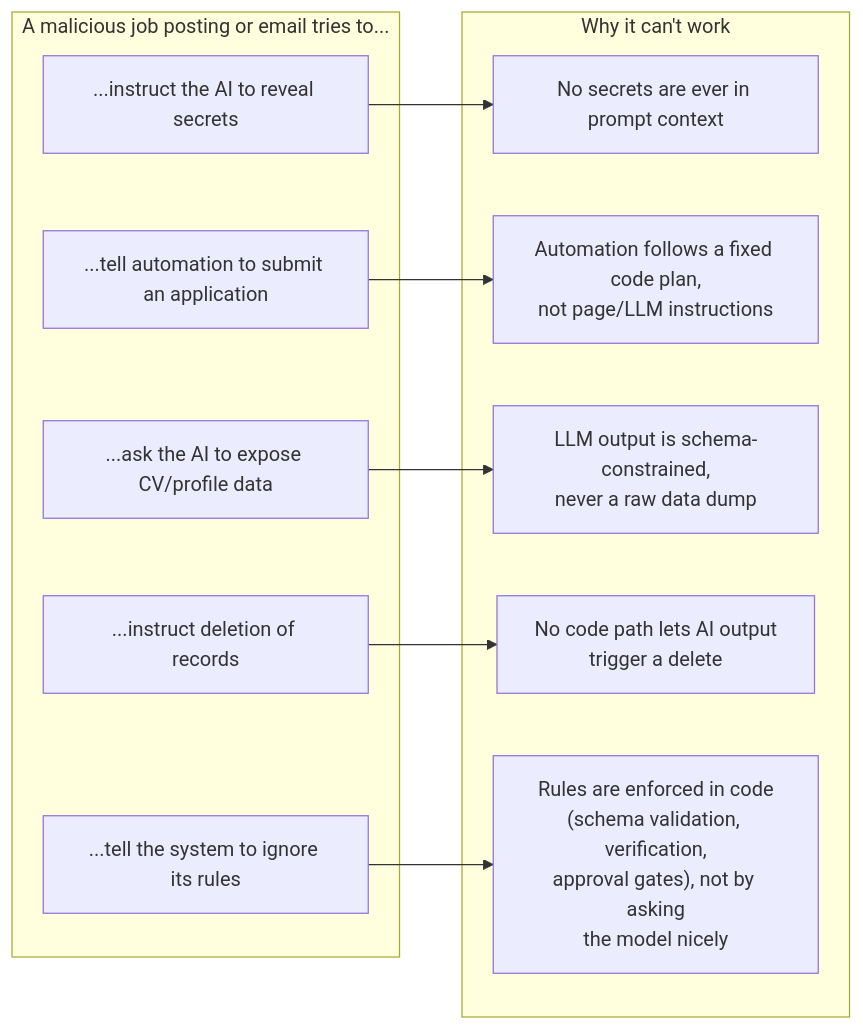
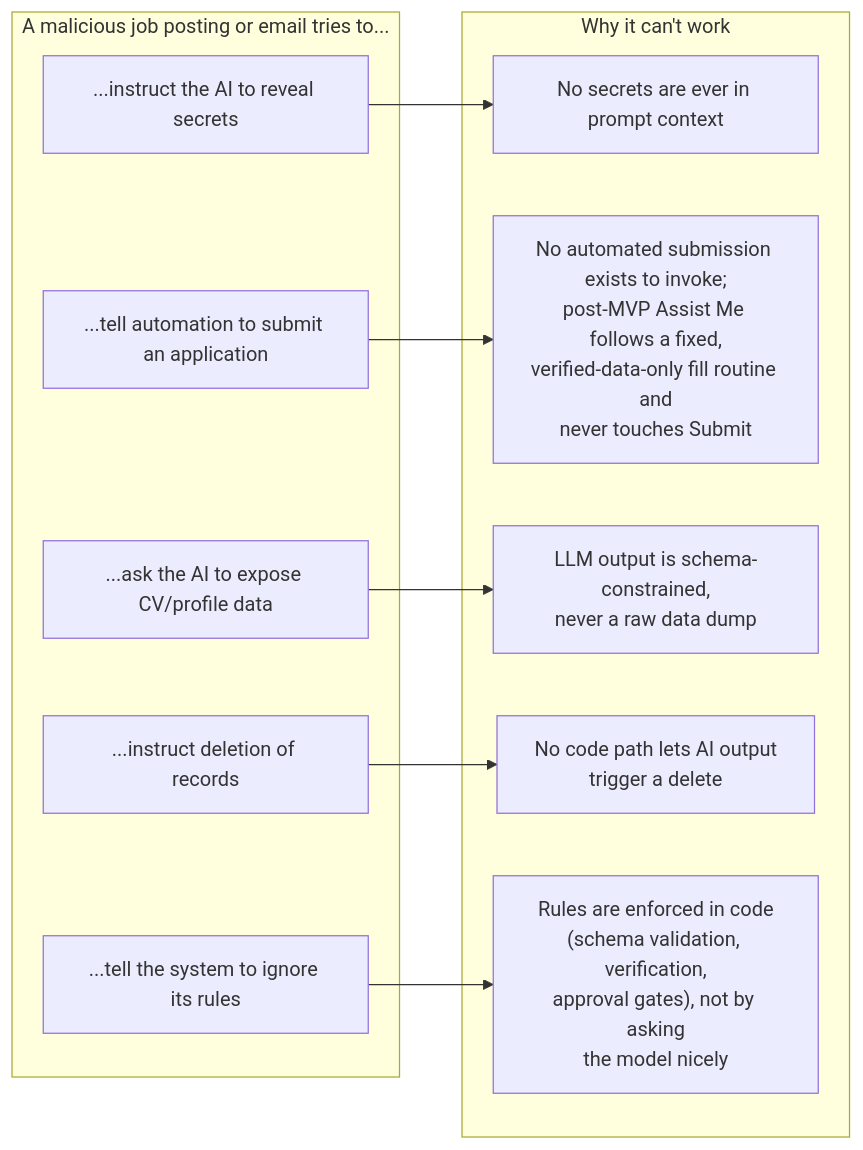
One commit to wassimrahoui/adhd-job-agent changed the diagram in docs/08-security-and-prompt-injection.md. Above: the diagram before and after it, drawn with Mermaid. The commit also changed other lines of this file and 4 other files, not shown here.

````diff
--- a/docs/08-security-and-prompt-injection.md
+++ b/docs/08-security-and-prompt-injection.md
@@ -28,22 +27,22 @@
 ```mermaid
 flowchart LR
     subgraph Attempt["A malicious job posting or email tries to..."]
         A1["...instruct the AI to reveal secrets"]
         A2["...tell automation to submit an application"]
         A3["...ask the AI to expose CV/profile data"]
         A4["...instruct deletion of records"]
         A5["...tell the system to ignore its rules"]
     end
     subgraph Blocked["Why it can't work"]
         B1["No secrets are ever in prompt context"]
-        B2["Automation follows a fixed code plan,\nnot page/LLM instructions"]
+        B2["No automated submission exists to invoke;\npost-MVP Assist Me follows a fixed,\nverified-data-only fill routine and\nnever touches Submit"]
         B3["LLM output is schema-constrained,\nnever a raw data dump"]
         B4["No code path lets AI output\ntrigger a delete"]
         B5["Rules are enforced in code\n(schema validation, verification,\napproval gates), not by asking\nthe model nicely"]
     end
     A1 --> B1
     A2 --> B2
     A3 --> B3
     A4 --> B4
     A5 --> B5
 ```
````
